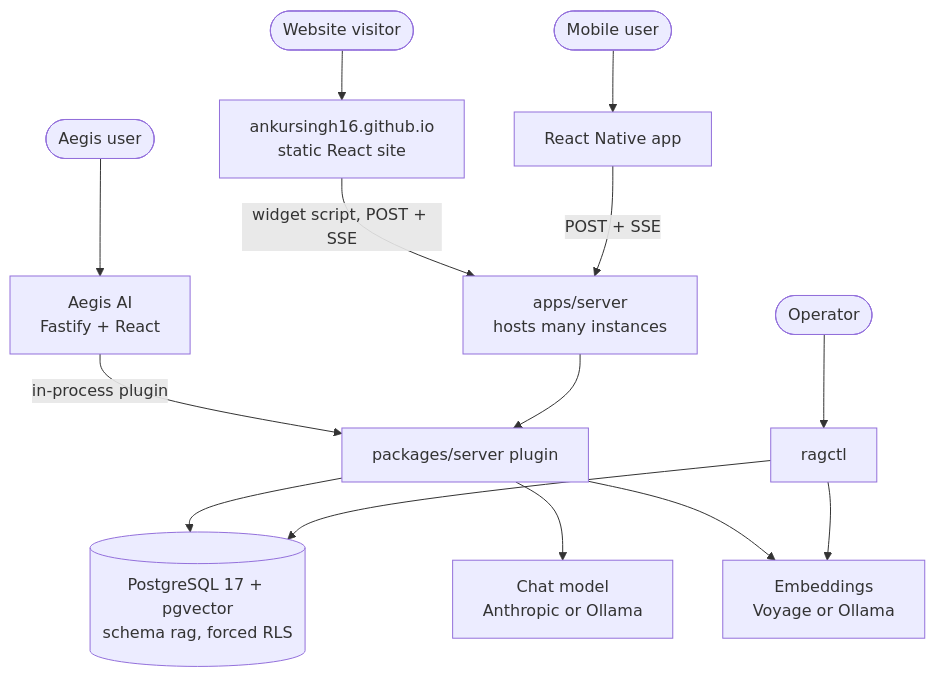
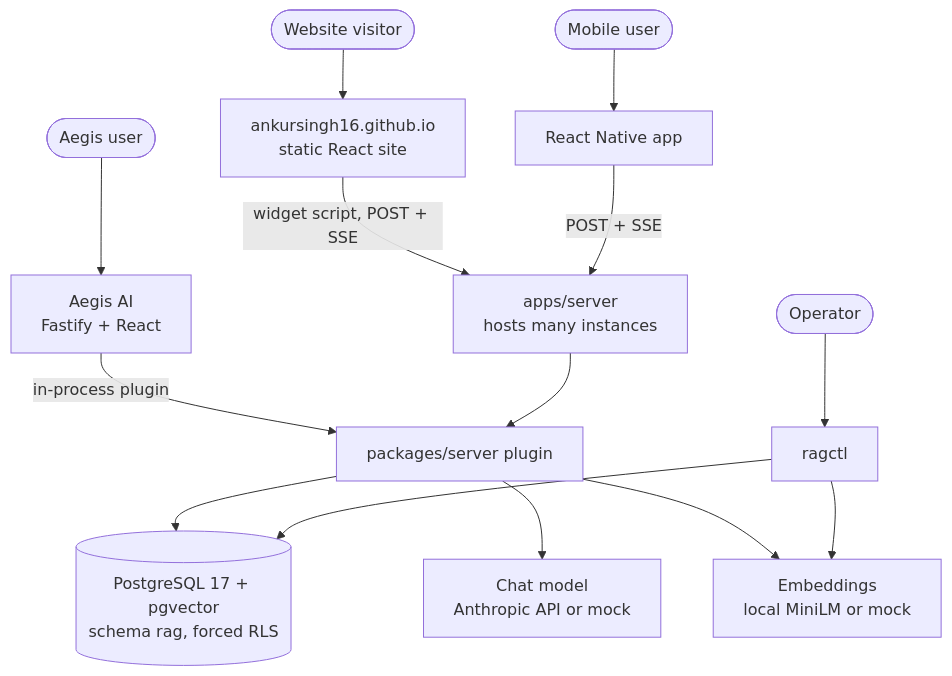
One commit to AnkurSingh16/agentic-rag-chatbot changed the first of 3 diagrams in docs/architecture/overview.md. Above: the diagram before and after it, drawn with Mermaid. The commit also changed 99 other files, not shown here.

First line of the commit message:
feat: add mock-mode end-to-end chat with cost controls (#21)

````diff
--- a/docs/architecture/overview.md
+++ b/docs/architecture/overview.md
@@ -9,16 +9,16 @@
 ```mermaid
 flowchart TB
   visitor([Website visitor]) --> site[ankursingh16.github.io<br/>static React site]
   user([Aegis user]) --> aegis[Aegis AI<br/>Fastify + React]
   mobile([Mobile user]) --> app[React Native app]
   site -->|widget script, POST + SSE| server[apps/server<br/>hosts many instances]
   app -->|POST + SSE| server
   aegis -->|in-process plugin| plugin[packages/server plugin]
   server --> plugin
   plugin --> pg[(PostgreSQL 17 + pgvector<br/>schema rag, forced RLS)]
-  plugin --> llm[Chat model<br/>Anthropic or Ollama]
-  plugin --> emb[Embeddings<br/>Voyage or Ollama]
+  plugin --> llm[Chat model<br/>Anthropic API or mock]
+  plugin --> emb[Embeddings<br/>local MiniLM or mock]
   operator([Operator]) --> cli[ragctl]
   cli --> pg
   cli --> emb
 ```
````
